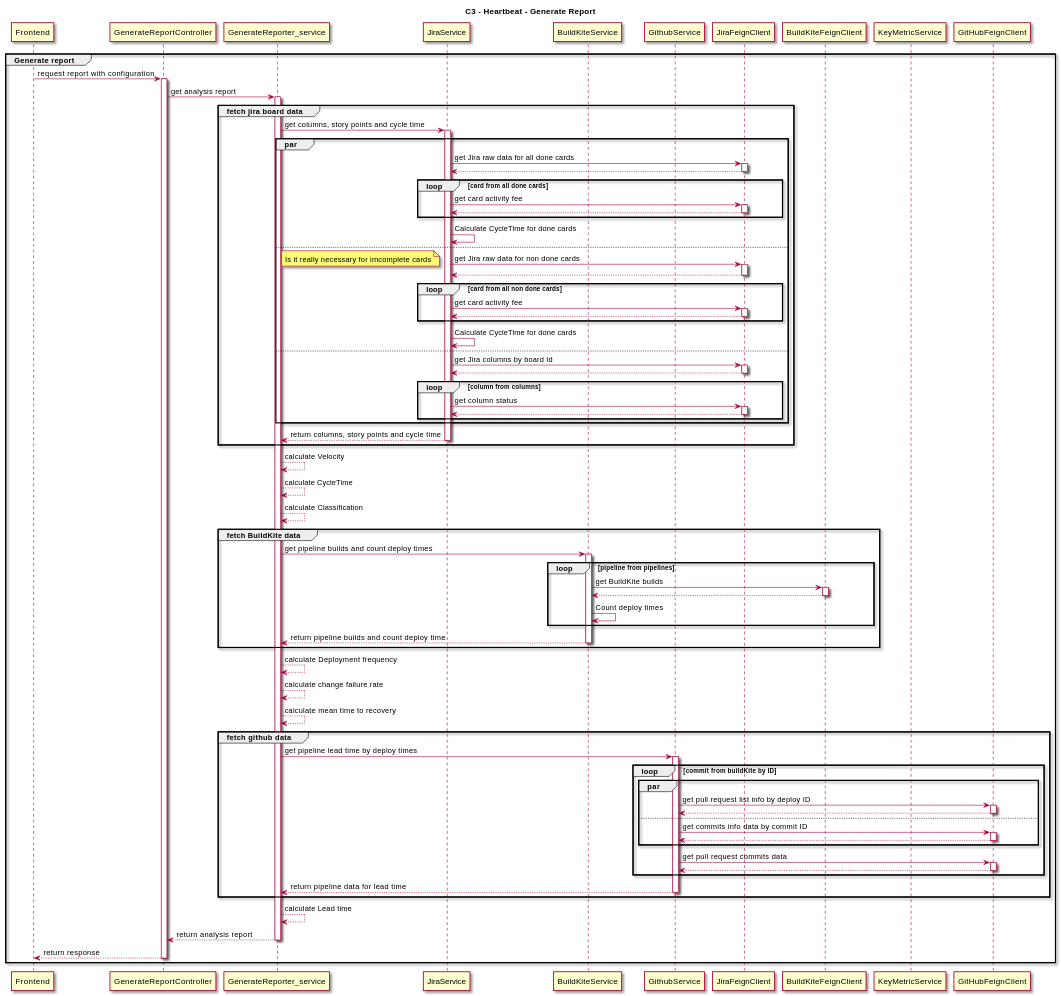
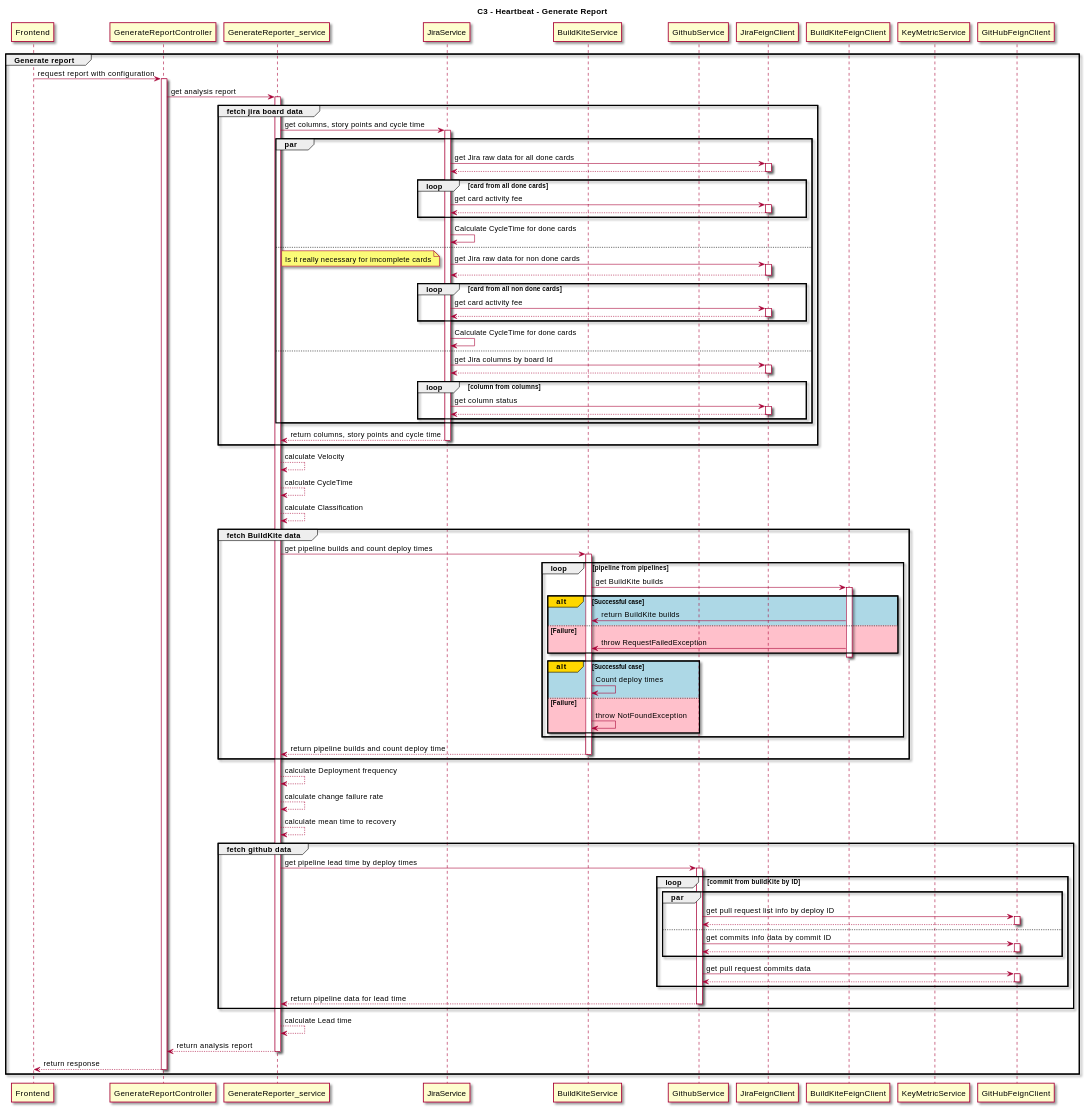
Before and after one commit to thoughtworks/HeartBeat: the diagram in docs/src/pages/en/dev-center/sequence-diagrams.md, drawn with PlantUML. The commit also changed 43 other files, not shown here.

````diff
--- a/docs/src/pages/en/dev-center/sequence-diagrams.md
+++ b/docs/src/pages/en/dev-center/sequence-diagrams.md
@@ -9,5 +9,5 @@
 ```plantuml
-@startuml
+@startuml report
 skin rose
 title C3 - Heartbeat - Generate Report
 participant Frontend
@@ -84,10 +84,19 @@
 
   BuildKiteService -> BuildKiteFeignClient: get BuildKite builds
   activate BuildKiteFeignClient
-  BuildKiteFeignClient --> BuildKiteService:
+    alt#Gold #LightBlue Successful case
+      BuildKiteFeignClient -> BuildKiteService: return BuildKite builds
+    else #Pink Failure
+      BuildKiteFeignClient -> BuildKiteService: throw RequestFailedException
+    end
   deactivate BuildKiteFeignClient
 
-  BuildKiteService -> BuildKiteService: Count deploy times
+  alt#Gold #LightBlue Successful case
+    BuildKiteService -> BuildKiteService:Count deploy times
+  else #Pink Failure
+    BuildKiteService -> BuildKiteService: throw NotFoundException
+  end
+
 end
 
 BuildKiteService --> GenerateReporter_service: return pipeline builds and count deploy time
````
